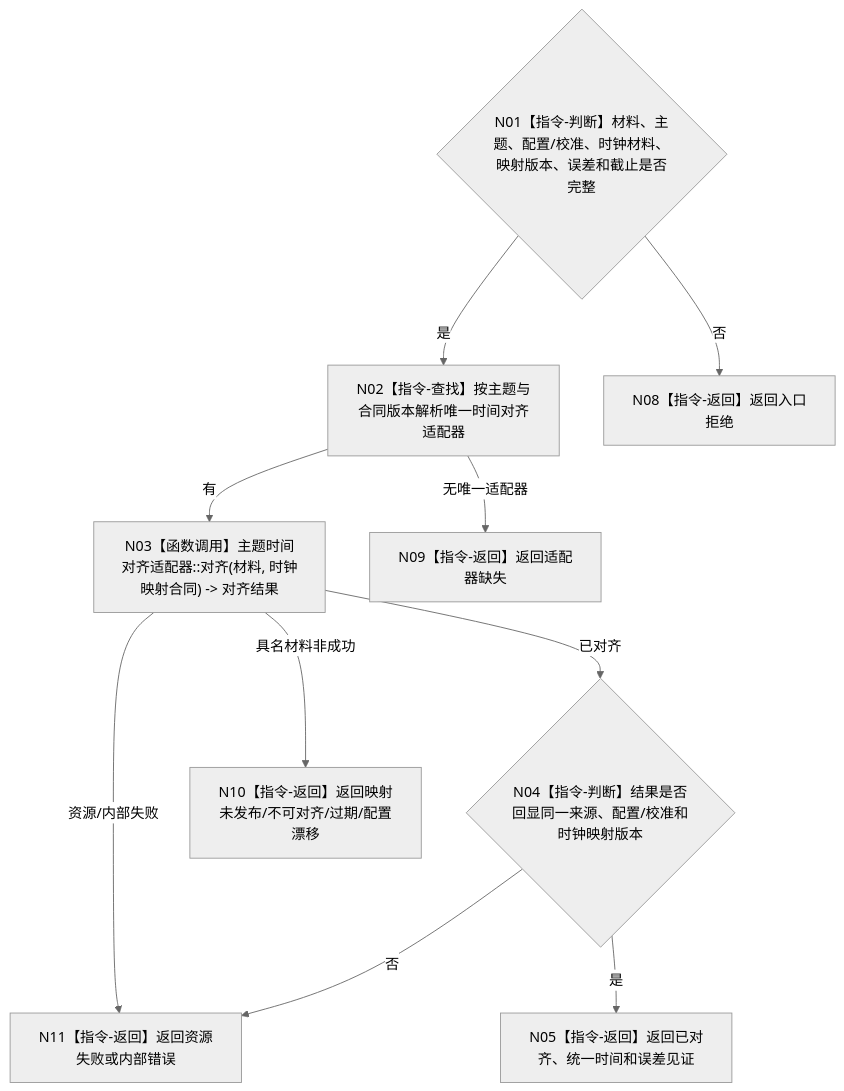
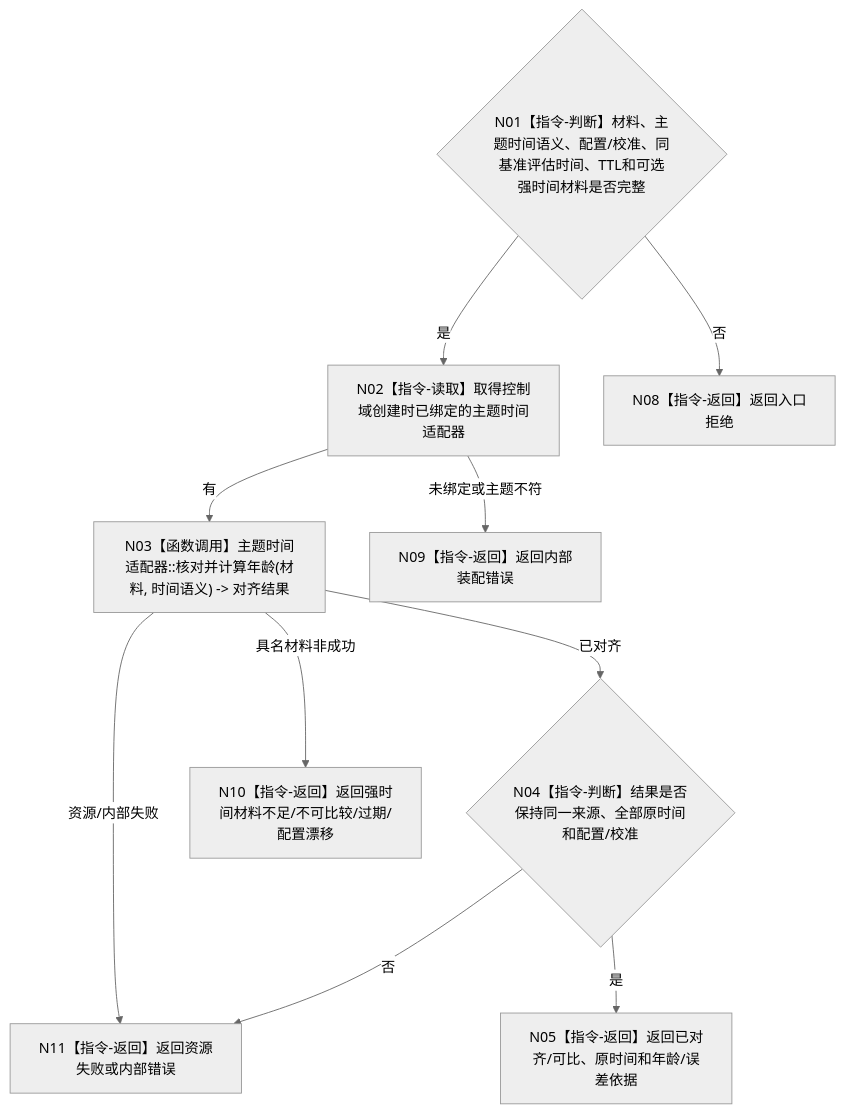
Before and after one commit to chunhaizh-cyber/HY-Ego: the diagram in 流程图/目标业务流程图/L3/BIZ-L3-006-03-02_执行外设主题时间对齐_目标函数流程图_v0.2.md, drawn with Mermaid (neutral theme). The commit also changed other lines of this file and 20 other files, not shown here.

````diff
--- a/流程图/目标业务流程图/L3/BIZ-L3-006-03-02_执行外设主题时间对齐_目标函数流程图_v0.2.md
+++ b/流程图/目标业务流程图/L3/BIZ-L3-006-03-02_执行外设主题时间对齐_目标函数流程图_v0.2.md
@@ -31,22 +31,22 @@
 ```mermaid
 flowchart TD
-    N01{"N01【指令-判断】材料、主题、配置/校准、时钟材料、映射版本、误差和截止是否完整"}
-    N02["N02【指令-查找】按主题与合同版本解析唯一时间对齐适配器"]
-    N03["N03【函数调用】主题时间对齐适配器::对齐(材料, 时钟映射合同) -> 对齐结果"]
-    N04{"N04【指令-判断】结果是否回显同一来源、配置/校准和时钟映射版本"}
-    N05["N05【指令-返回】返回已对齐、统一时间和误差见证"]
+    N01{"N01【指令-判断】材料、主题时间语义、配置/校准、同基准评估时间、TTL和可选强时间材料是否完整"}
+    N02["N02【指令-读取】取得控制域创建时已绑定的主题时间适配器"]
+    N03["N03【函数调用】主题时间适配器::核对并计算年龄(材料, 时间语义) -> 对齐结果"]
+    N04{"N04【指令-判断】结果是否保持同一来源、全部原时间和配置/校准"}
+    N05["N05【指令-返回】返回已对齐/可比、原时间和年龄/误差依据"]
     N08["N08【指令-返回】返回入口拒绝"]
-    N09["N09【指令-返回】返回适配器缺失"]
-    N10["N10【指令-返回】返回映射未发布/不可对齐/过期/配置漂移"]
+    N09["N09【指令-返回】返回内部装配错误"]
+    N10["N10【指令-返回】返回强时间材料不足/不可比较/过期/配置漂移"]
     N11["N11【指令-返回】返回资源失败或内部错误"]
 
     N01 -->|否| N08
     N01 -->|是| N02
-    N02 -->|无唯一适配器| N09
+    N02 -->|未绑定或主题不符| N09
     N02 -->|有| N03
     N03 -->|具名材料非成功| N10
     N03 -->|资源/内部失败| N11
     N03 -->|已对齐| N04
     N04 -->|否| N11
     N04 -->|是| N05
 ```
````
